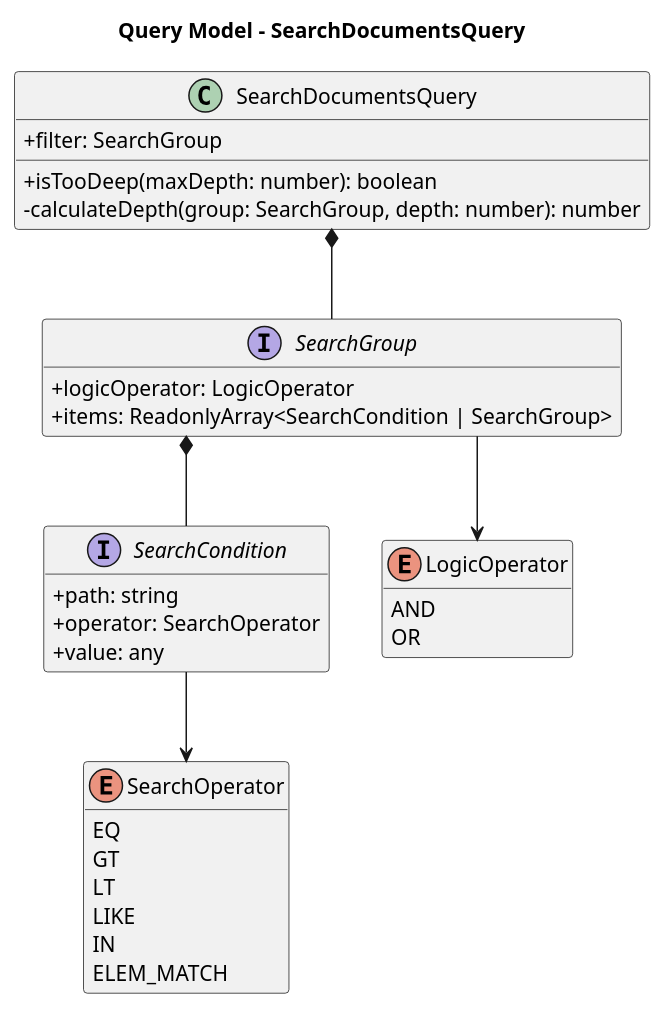
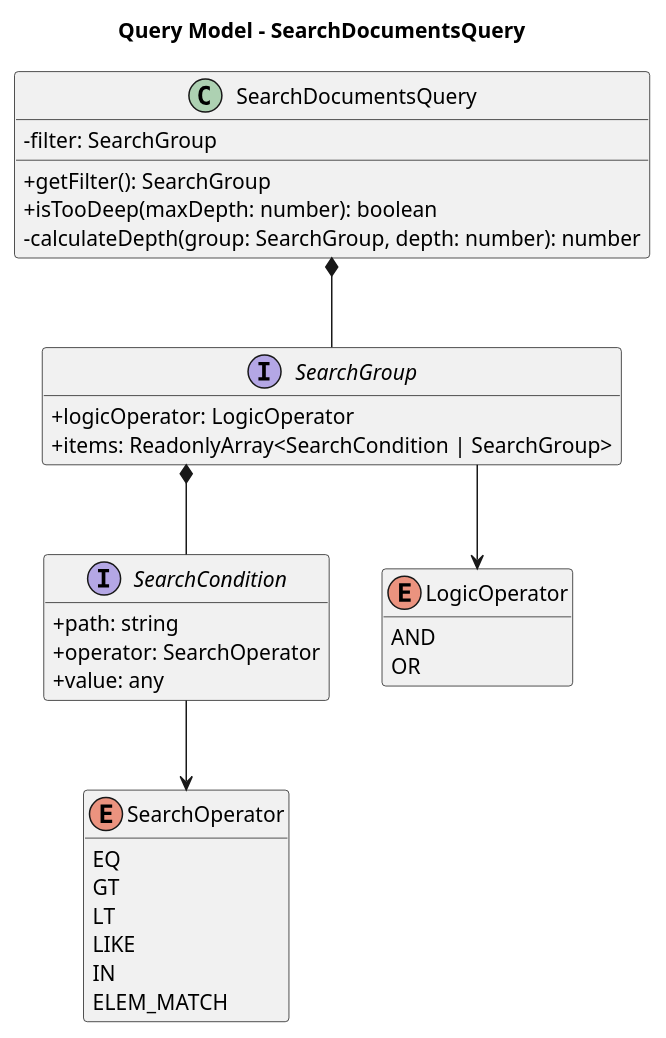
One commit to 7-ZPUs/Docs changed diagram 11 of 15 in 3_PB/DocumentiEsterni/DiagrammiSpecificaTecnica/C4/C4_backend_Search.puml. Above: the diagram before and after it, drawn with PlantUML. The commit also changed other lines of this file and 10 other files, not shown here.

```diff
--- a/3_PB/DocumentiEsterni/DiagrammiSpecificaTecnica/C4/C4_backend_Search.puml
+++ b/3_PB/DocumentiEsterni/DiagrammiSpecificaTecnica/C4/C4_backend_Search.puml
@@ -279,40 +282,41 @@
 @startuml
 title Query Model – SearchDocumentsQuery
 
 skinparam classAttributeIconSize 0
 skinparam linetype ortho
 hide empty members
 
 class SearchDocumentsQuery {
-    + filter: SearchGroup
+    - filter: SearchGroup
+    + getFilter(): SearchGroup
     + isTooDeep(maxDepth: number): boolean
     - calculateDepth(group: SearchGroup, depth: number): number
 }
 interface SearchGroup {
     + logicOperator: LogicOperator
     + items: ReadonlyArray<SearchCondition | SearchGroup>
 }
 interface SearchCondition {
     + path: string
     + operator: SearchOperator
     + value: any
 }
 enum LogicOperator {
     AND
     OR
 }
 enum SearchOperator {
     EQ
     GT
     LT
     LIKE
     IN
     ELEM_MATCH
 }
 
 SearchDocumentsQuery *-- SearchGroup
 SearchGroup          *-- SearchCondition
 SearchGroup          --> LogicOperator
 SearchCondition      --> SearchOperator
 
 @enduml
```
